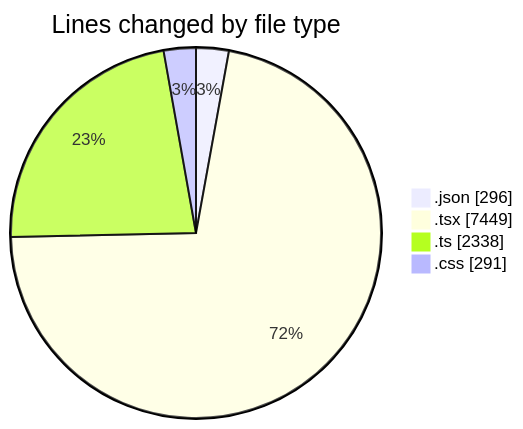
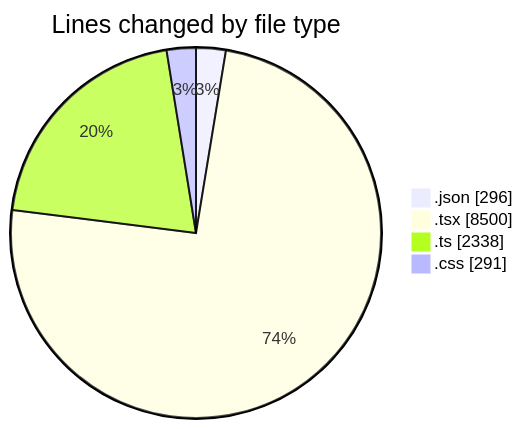
One commit to julien-gomy/code-tracking changed the first of 2 diagrams in 2025-10-07/eventscop-frontend-guide__workspace_/README.md. Above: the diagram before and after it, drawn with Mermaid. The commit also changed other lines of this file and 1 other file, not shown here.

````diff
--- a/2025-10-07/eventscop-frontend-guide__workspace_/README.md
+++ b/2025-10-07/eventscop-frontend-guide__workspace_/README.md
@@ -77,8 +81,8 @@
 ```mermaid
 pie showData
 title Lines changed by file type
 ".json" : 296
-".tsx" : 7449
+".tsx" : 8500
 ".ts" : 2338
 ".css" : 291
 ```
````
